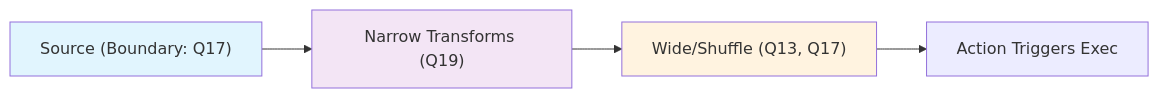
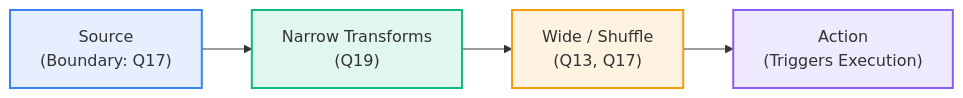
One commit to MadeInShineA/hei-course-summaries changed the fourth of 5 diagrams in 302.1-data-computation/summaries/spark.md. Above: the diagram before and after it, drawn with Mermaid. The commit also changed other lines of this file, not shown here.

Commit message:
Fixed graphs in spark.md

````diff
--- a/302.1-data-computation/summaries/spark.md
+++ b/302.1-data-computation/summaries/spark.md
@@ -185,7 +206,10 @@
 ```mermaid
 graph LR
-    Source["Source (Boundary: Q17)"] --> Narrow["Narrow Transforms (Q19)"] --> Wide["Wide/Shuffle (Q13, Q17)"] --> Action["Action Triggers Exec"]
-    style Source fill:#e1f5fe
-    style Narrow fill:#f3e5f5
-    style Wide fill:#fff3e0
+    Source["Source<br/>(Boundary: Q17)"] --> Narrow["Narrow Transforms<br/>(Q19)"]
+    Narrow --> Wide["Wide / Shuffle<br/>(Q13, Q17)"]
+    Wide --> Action["Action<br/>(Triggers Execution)"]
+    style Source fill:#3b82f620,stroke:#3b82f6,stroke-width:2px
+    style Narrow fill:#10b98120,stroke:#10b981,stroke-width:2px
+    style Wide fill:#f59e0b20,stroke:#f59e0b,stroke-width:2px
+    style Action fill:#8b5cf620,stroke:#8b5cf6,stroke-width:2px
 ```
````
